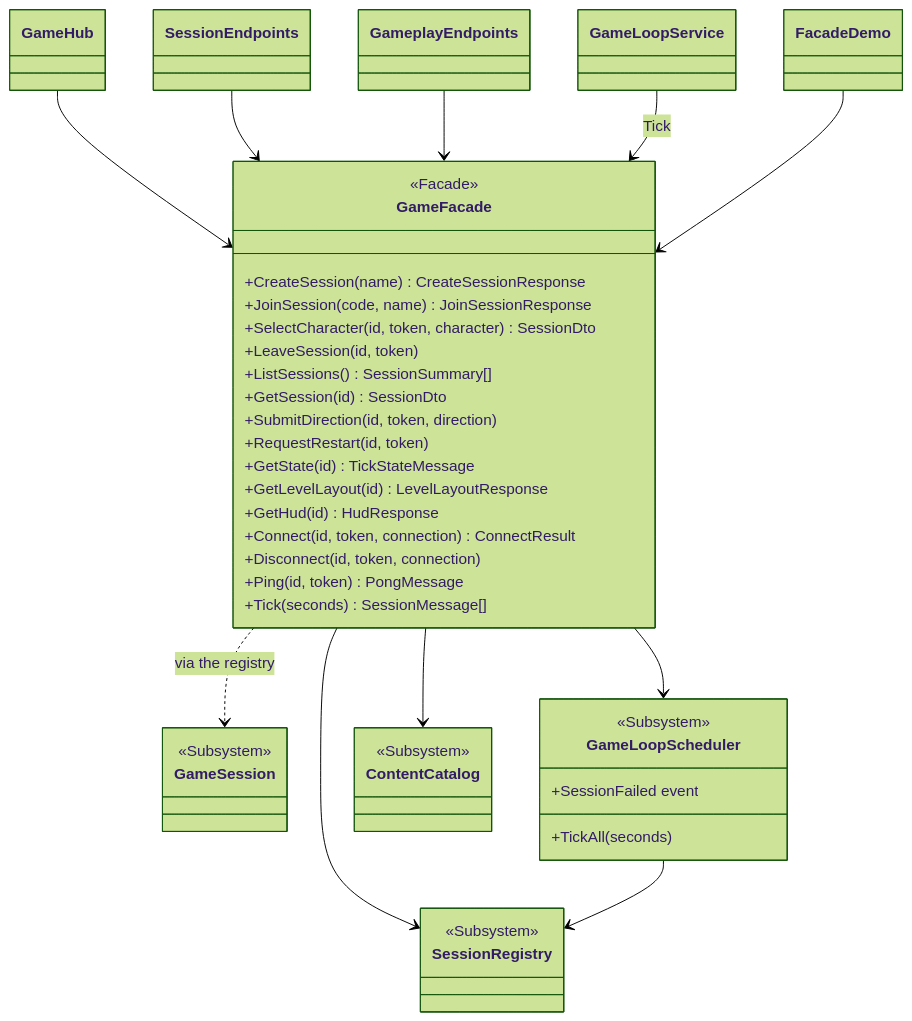
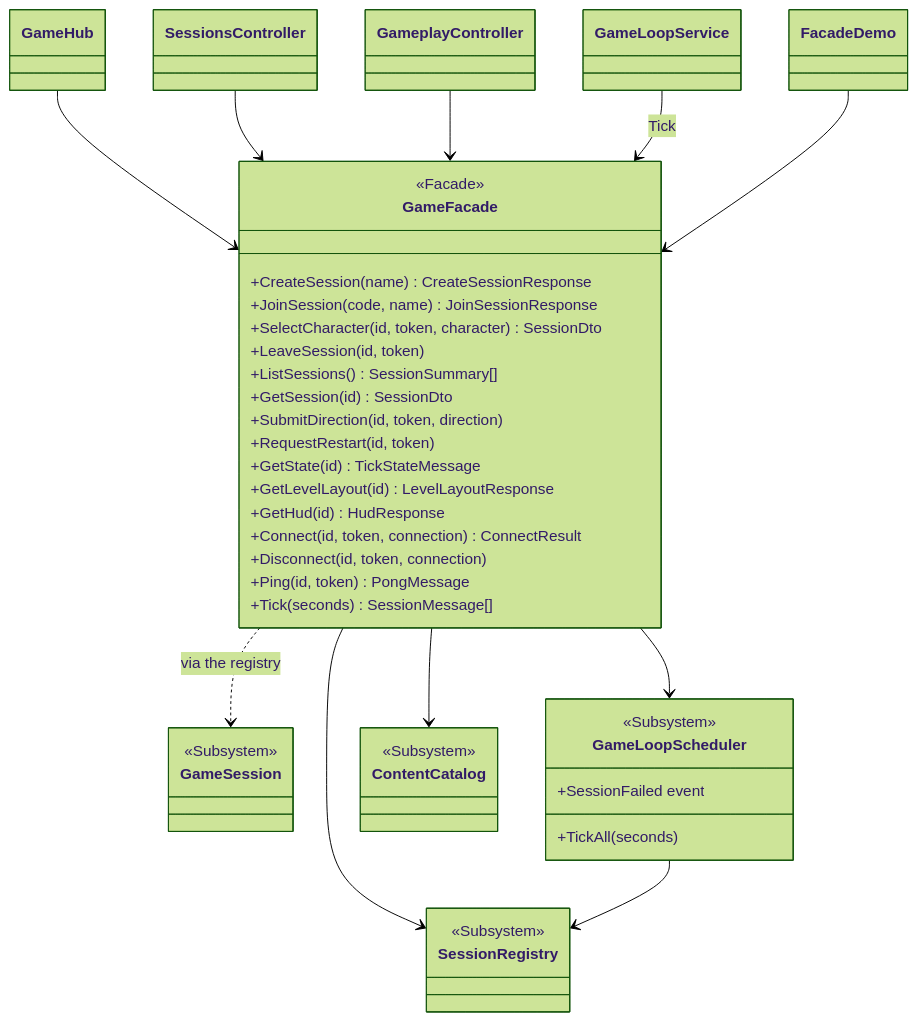
One commit to YoBoyJonas/OPP changed the second of 2 diagrams in docs/patterns/Facade.md. Above: the diagram before and after it, drawn with Mermaid (forest theme). The commit also changed other lines of this file and 29 other files, not shown here.

````diff
--- a/docs/patterns/Facade.md
+++ b/docs/patterns/Facade.md
@@ -75,44 +75,44 @@
 ```mermaid
 classDiagram
     class GameFacade {
         <<Facade>>
         +CreateSession(name) CreateSessionResponse
         +JoinSession(code, name) JoinSessionResponse
         +SelectCharacter(id, token, character) SessionDto
         +LeaveSession(id, token)
         +ListSessions() SessionSummary[]
         +GetSession(id) SessionDto
         +SubmitDirection(id, token, direction)
         +RequestRestart(id, token)
         +GetState(id) TickStateMessage
         +GetLevelLayout(id) LevelLayoutResponse
         +GetHud(id) HudResponse
         +Connect(id, token, connection) ConnectResult
         +Disconnect(id, token, connection)
         +Ping(id, token) PongMessage
         +Tick(seconds) SessionMessage[]
     }
     class SessionRegistry { <<Subsystem>> }
     class GameSession { <<Subsystem>> }
     class GameLoopScheduler {
         <<Subsystem>>
         +TickAll(seconds)
         +SessionFailed event
     }
     class ContentCatalog { <<Subsystem>> }
     class GameHub
-    class SessionEndpoints
-    class GameplayEndpoints
+    class SessionsController
+    class GameplayController
     class GameLoopService
     class FacadeDemo
     GameHub --> GameFacade
-    SessionEndpoints --> GameFacade
-    GameplayEndpoints --> GameFacade
+    SessionsController --> GameFacade
+    GameplayController --> GameFacade
     GameLoopService --> GameFacade : Tick
     FacadeDemo --> GameFacade
     GameFacade --> SessionRegistry
     GameFacade --> GameLoopScheduler
     GameFacade --> ContentCatalog
     GameFacade ..> GameSession : via the registry
     GameLoopScheduler --> SessionRegistry
 ```
````
